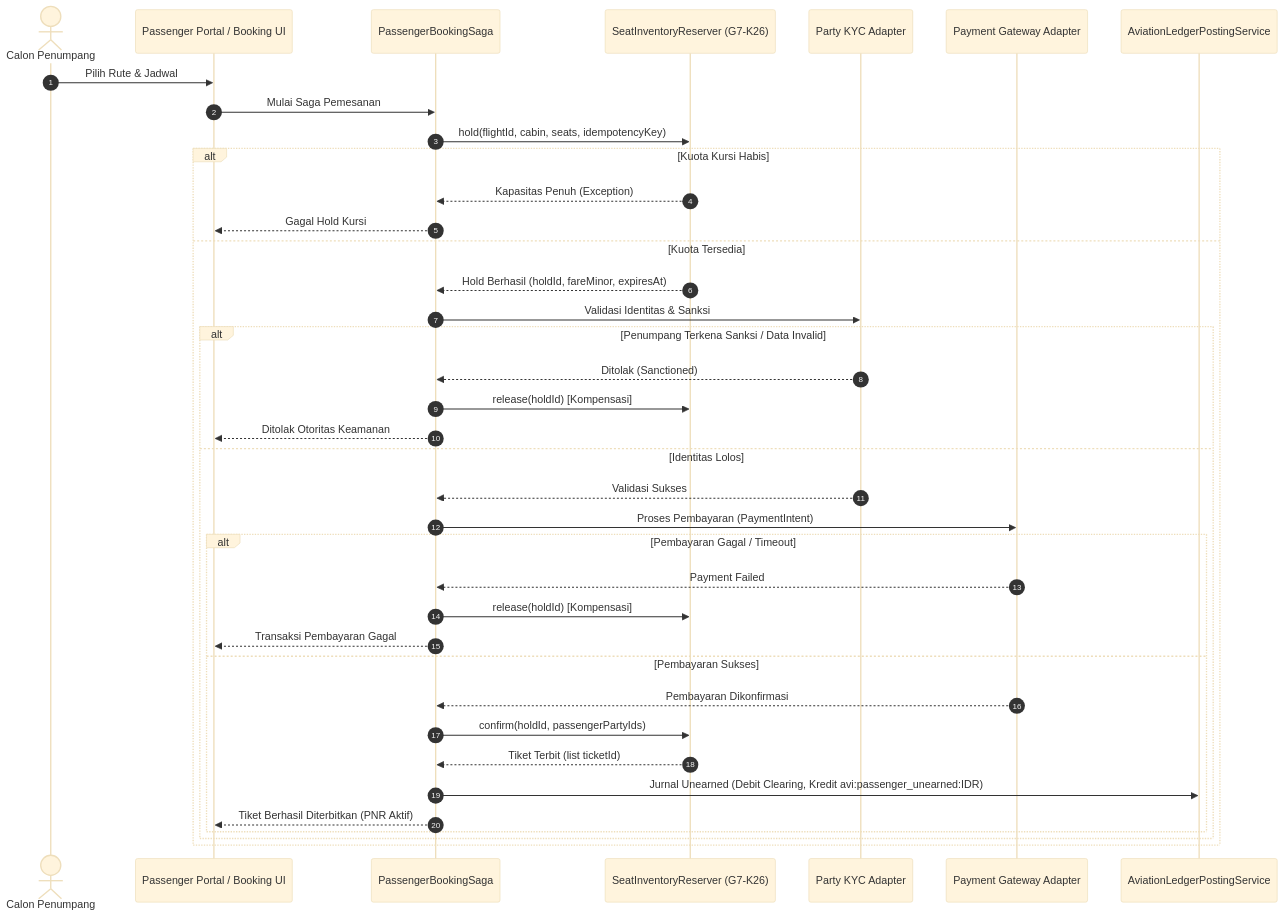
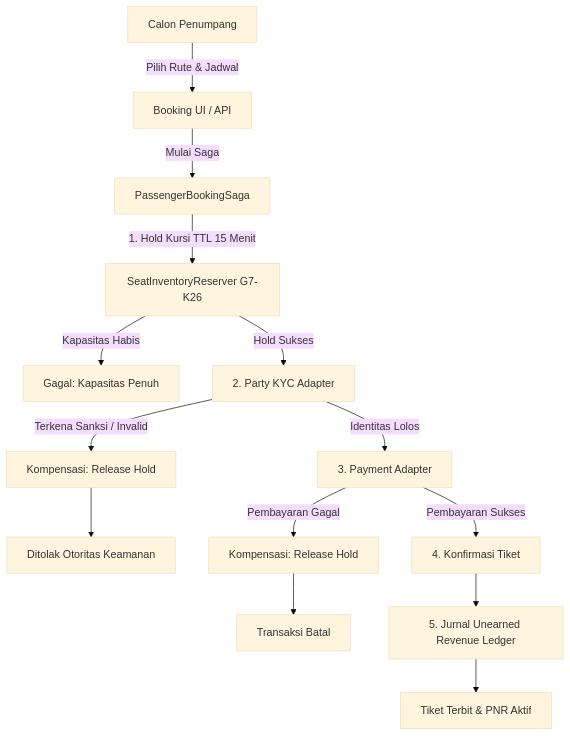
The seventh of 11 diagrams in docs/design/fase-177.md (Orls967/SuperWeb), drawn with Mermaid (base theme) before and after one commit. The commit also changed other lines of this file and 163 other files, not shown here.

````diff
--- a/docs/design/fase-177.md
+++ b/docs/design/fase-177.md
@@ -129,41 +129,19 @@
 ```mermaid
-sequenceDiagram
-    autonumber
-    actor Passenger as Calon Penumpang
-    participant Web as Passenger Portal / Booking UI
-    participant Saga as PassengerBookingSaga
-    participant Inv as SeatInventoryReserver (G7-K26)
-    participant KYC as Party KYC Adapter
-    participant Pay as Payment Gateway Adapter
-    participant Ledger as AviationLedgerPostingService
-
-    Passenger->>Web: Pilih Rute & Jadwal
-    Web->>Saga: Mulai Saga Pemesanan
-    Saga->>Inv: hold(flightId, cabin, seats, idempotencyKey)
-    alt Kuota Kursi Habis
-        Inv-->>Saga: Kapasitas Penuh (Exception)
-        Saga-->>Web: Gagal Hold Kursi
-    else Kuota Tersedia
-        Inv-->>Saga: Hold Berhasil (holdId, fareMinor, expiresAt)
-        Saga->>KYC: Validasi Identitas & Sanksi
-        alt Penumpang Terkena Sanksi / Data Invalid
-            KYC-->>Saga: Ditolak (Sanctioned)
-            Saga->>Inv: release(holdId) [Kompensasi]
-            Saga-->>Web: Ditolak Otoritas Keamanan
-        else Identitas Lolos
-            KYC-->>Saga: Validasi Sukses
-            Saga->>Pay: Proses Pembayaran (PaymentIntent)
-            alt Pembayaran Gagal / Timeout
-                Pay-->>Saga: Payment Failed
-                Saga->>Inv: release(holdId) [Kompensasi]
-                Saga-->>Web: Transaksi Pembayaran Gagal
-            else Pembayaran Sukses
-                Pay-->>Saga: Pembayaran Dikonfirmasi
-                Saga->>Inv: confirm(holdId, passengerPartyIds)
-                Inv-->>Saga: Tiket Terbit (list ticketId)
-                Saga->>Ledger: Jurnal Unearned (Debit Clearing, Kredit avi:passenger_unearned:IDR)
-                Saga-->>Web: Tiket Berhasil Diterbitkan (PNR Aktif)
-            end
-        end
-    end
+flowchart TD
+    P[Calon Penumpang] -->|Pilih Rute & Jadwal| Web[Booking UI / API]
+    Web -->|Mulai Saga| Saga[PassengerBookingSaga]
+    Saga -->|1. Hold Kursi TTL 15 Menit| Inv[SeatInventoryReserver G7-K26]
+    
+    Inv -->|Kapasitas Habis| Fail1[Gagal: Kapasitas Penuh]
+    Inv -->|Hold Sukses| KYC[2. Party KYC Adapter]
+    
+    KYC -->|Terkena Sanksi / Invalid| Comp1[Kompensasi: Release Hold]
+    Comp1 --> Fail2[Ditolak Otoritas Keamanan]
+    KYC -->|Identitas Lolos| Pay[3. Payment Adapter]
+    
+    Pay -->|Pembayaran Gagal| Comp2[Kompensasi: Release Hold]
+    Comp2 --> Fail3[Transaksi Batal]
+    Pay -->|Pembayaran Sukses| Confirm[4. Konfirmasi Tiket]
+    Confirm --> Ledger[5. Jurnal Unearned Revenue Ledger]
+    Ledger --> Success[Tiket Terbit & PNR Aktif]
 ```
````
